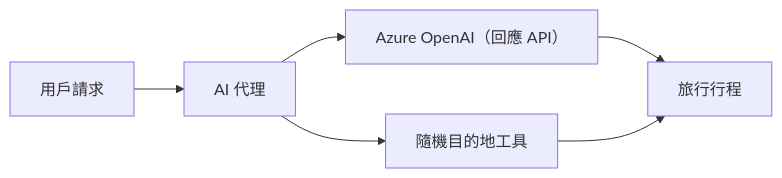
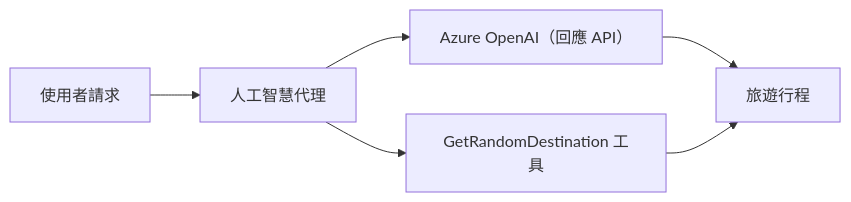
One commit to venturemavenwill/azureaifundamentals changed the diagram in translations/zh-TW/01-intro-to-ai-agents/code_samples/01-dotnet-agent-framework.md. Above: the diagram before and after it, drawn with Mermaid. The commit also changed other lines of this file and 2002 other files, not shown here.

````diff
--- a/translations/zh-TW/01-intro-to-ai-agents/code_samples/01-dotnet-agent-framework.md
+++ b/translations/zh-TW/01-intro-to-ai-agents/code_samples/01-dotnet-agent-framework.md
@@ -32,8 +32,8 @@
 ```mermaid
 graph LR
-    A[用戶請求] --> B[AI 代理]
+    A[使用者請求] --> B[人工智慧代理]
     B --> C[Azure OpenAI（回應 API）]
-    B --> D[隨機目的地工具]
-    C --> E[旅行行程]
+    B --> D[GetRandomDestination 工具]
+    C --> E[旅遊行程]
     D --> E
 ```
````
